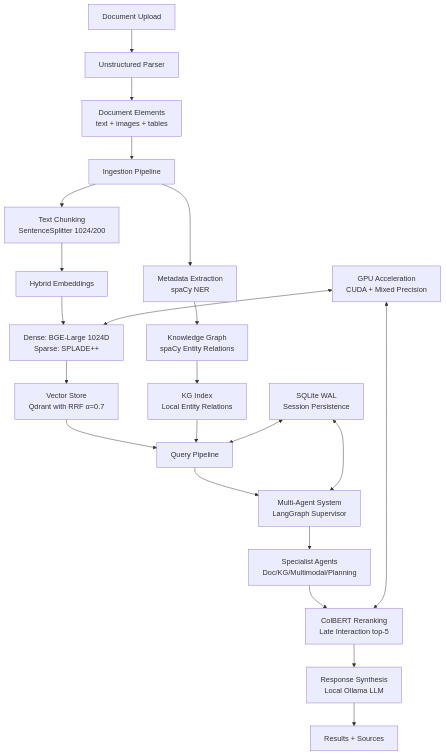
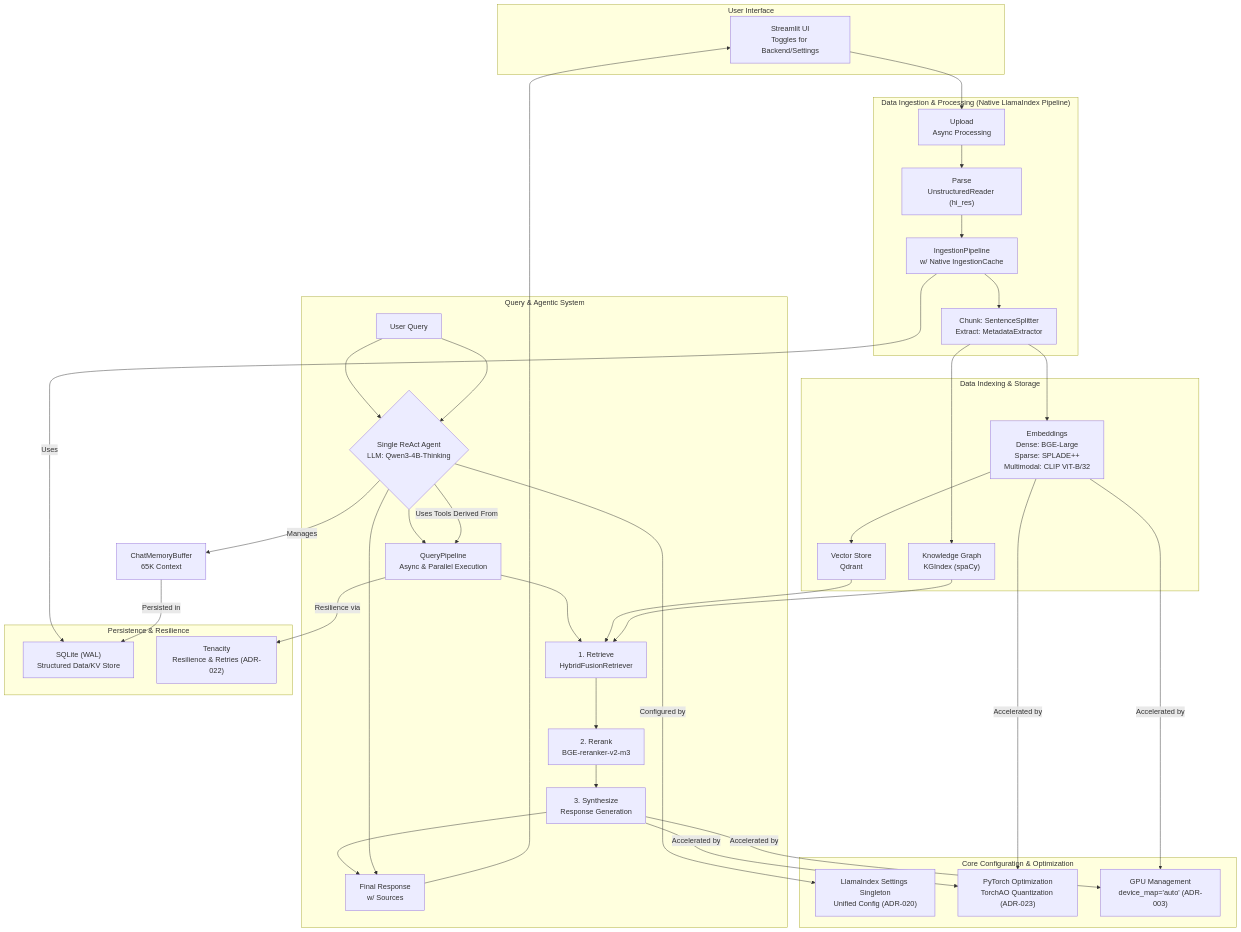
One commit to BjornMelin/docmind-ai-llm changed the diagram in docs/PRD.md. Above: the diagram before and after it, drawn with Mermaid. The commit also changed other lines of this file, not shown here.

First line of the commit message:
docs: restructure PRD for clarity and focus on core features

````diff
--- a/docs/PRD.md
+++ b/docs/PRD.md
@@ -150,25 +88,57 @@
 ```mermaid
 graph TD
-    A[Document Upload] --> B[Unstructured Parser]
-    B --> C[Document Elements<br/>text + images + tables]
-    C --> D[Ingestion Pipeline]
-    D --> E[Text Chunking<br/>SentenceSplitter 1024/200]
-    D --> F[Metadata Extraction<br/>spaCy NER]
-    E --> G[Hybrid Embeddings]
-    F --> H[Knowledge Graph<br/>spaCy Entity Relations]
-    G --> I[Dense: BGE-Large 1024D<br/>Sparse: SPLADE++]
-    I --> J[Vector Store<br/>Qdrant with RRF α=0.7]
-    H --> K[KG Index<br/>Local Entity Relations]
-    J --> L[Query Pipeline]
-    K --> L
-    L --> M[Multi-Agent System<br/>LangGraph Supervisor]
-    M --> N[Specialist Agents<br/>Doc/KG/Multimodal/Planning]
-    N --> O[ColBERT Reranking<br/>Late Interaction top-5]
-    O --> P[Response Synthesis<br/>Local Ollama LLM]
-    P --> Q[Results + Sources]
+    subgraph "User Interface"
+        A["Streamlit UI<br/>Toggles for Backend/Settings"]
+    end
+
+    subgraph "Data Ingestion & Processing (Native LlamaIndex Pipeline)"
+        B["Upload<br/>Async Processing"] --> C["Parse<br/>UnstructuredReader (hi_res)"]
+        C --> D["IngestionPipeline<br/>w/ Native IngestionCache"]
+        D --> E["Chunk: SentenceSplitter<br/>Extract: MetadataExtractor"]
+    end
+
+    subgraph "Data Indexing & Storage"
+        E --> F["Embeddings<br/>Dense: BGE-Large<br/>Sparse: SPLADE++<br/>Multimodal: CLIP ViT-B/32"]
+        F --> G["Vector Store<br/>Qdrant"]
+        E --> H["Knowledge Graph<br/>KGIndex (spaCy)"]
+    end
+
+    subgraph "Query & Agentic System"
+        I["User Query"] --> J{Single ReAct Agent<br/>LLM: Qwen3-4B-Thinking}
+        J --> K["QueryPipeline<br/>Async & Parallel Execution"]
+        K --> L["1. Retrieve<br/>HybridFusionRetriever"]
+        L --> M["2. Rerank<br/>BGE-reranker-v2-m3"]
+        M --> N["3. Synthesize<br/>Response Generation"]
+        N --> O["Final Response<br/>w/ Sources"]
+    end
     
-    R[SQLite WAL<br/>Session Persistence] <--> L
-    R <--> M
-    S[GPU Acceleration<br/>CUDA + Mixed Precision] <--> I
-    S <--> O
+    subgraph "Core Configuration & Optimization"
+        P["LlamaIndex Settings Singleton<br/>Unified Config (ADR-020)"]
+        Q["PyTorch Optimization<br/>TorchAO Quantization (ADR-023)"]
+        R["GPU Management<br/>device_map='auto' (ADR-003)"]
+    end
+
+    subgraph "Persistence & Resilience"
+        S["SQLite (WAL)<br/>Structured Data/KV Store"]
+        T["Tenacity<br/>Resilience & Retries (ADR-022)"]
+    end
+
+    %% Connections
+    A --> B
+    I --> J
+    J --> O --> A
+    
+    G --> L
+    H --> L
+
+    J -- Uses Tools Derived From --> K
+    J -- Manages --> U[ChatMemoryBuffer<br/>65K Context]
+
+    %% Link to Core Systems
+    J -- Configured by --> P
+    F -- Accelerated by --> Q & R
+    N -- Accelerated by --> Q & R
+    D -- Uses --> S
+    U -- Persisted in --> S
+    K -- Resilience via --> T
 ```
````
